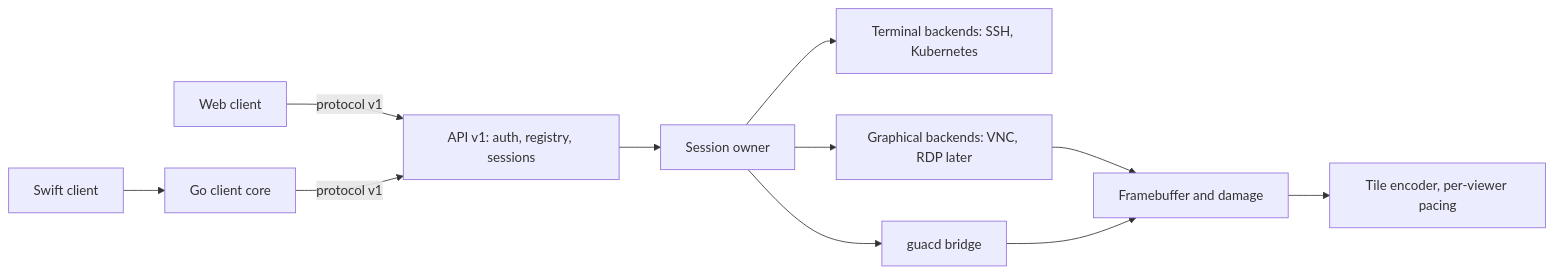
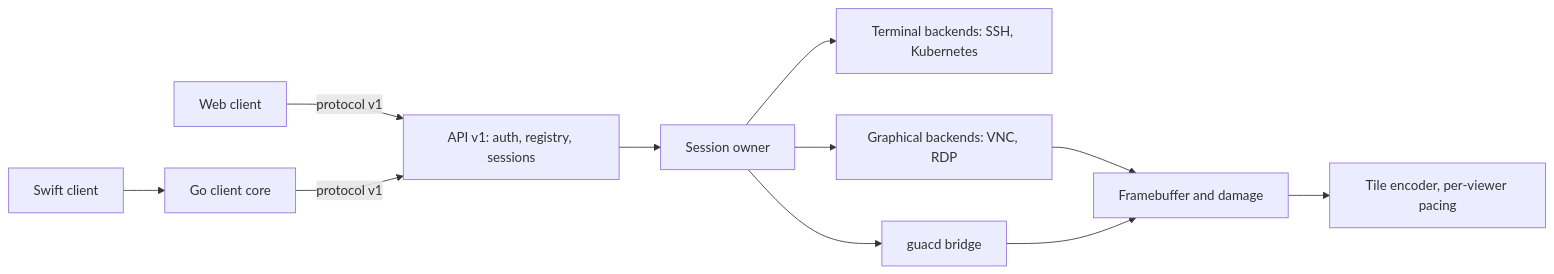
Before and after one commit to changkun/occamy: the first of 2 diagrams in specs/008-native-architecture.md, drawn with Mermaid.

Commit message:
specs: name RDP among the native graphical backends
The 008 diagram still said RDP comes later, though the native RDP
backend is now rdp's default.

````diff
--- a/specs/008-native-architecture.md
+++ b/specs/008-native-architecture.md
@@ -163,12 +163,12 @@
 ```mermaid
 flowchart LR
   W[Web client] -- protocol v1 --> GW
   SW[Swift client] --> CC[Go client core] -- protocol v1 --> GW
   GW[API v1: auth, registry, sessions] --> SE[Session owner]
   SE --> TB[Terminal backends: SSH, Kubernetes]
-  SE --> GB[Graphical backends: VNC, RDP later]
+  SE --> GB[Graphical backends: VNC, RDP]
   SE --> BR[guacd bridge]
   GB --> FB[Framebuffer and damage]
   BR --> FB
   FB --> EN[Tile encoder, per-viewer pacing]
 ```
````
